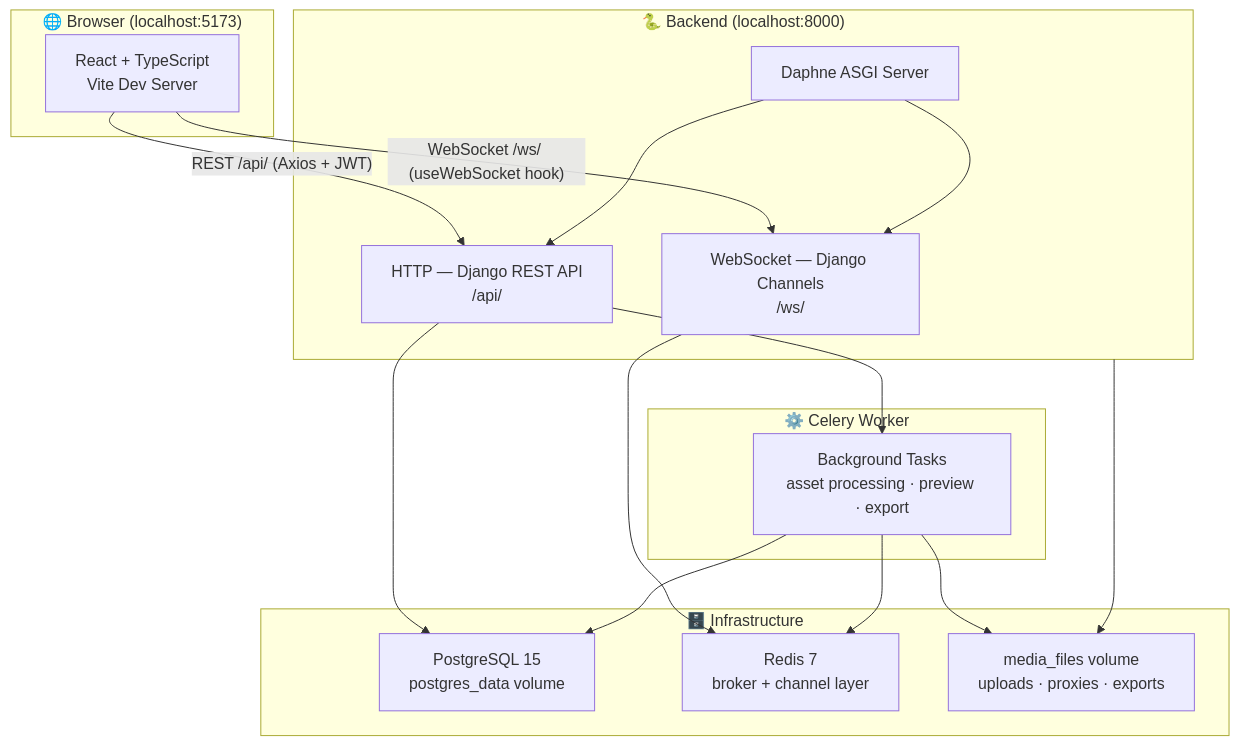
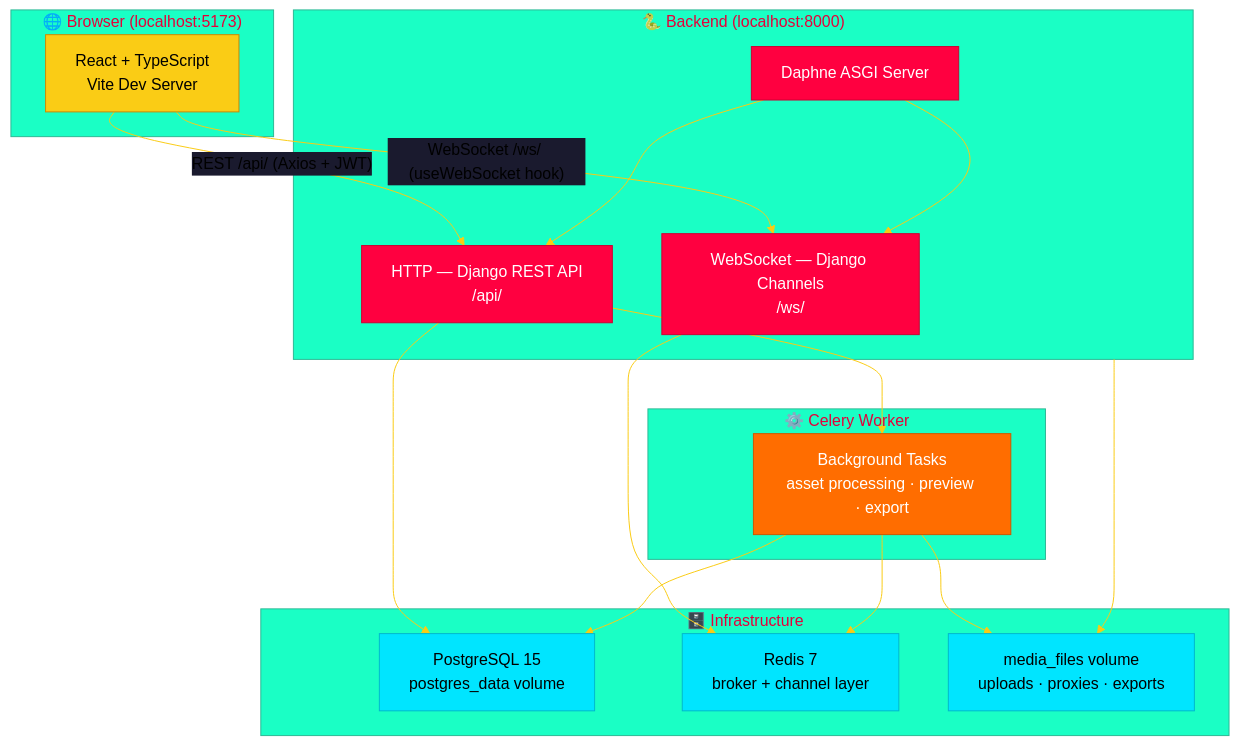
Before and after one commit to lucky-panchal/AuraCut: the first of 7 diagrams in README.md, drawn with Mermaid. The commit also changed other lines of this file, not shown here.

Commit message:
docs: upgrade Mermaid diagrams to bold technical color palette

````diff
--- a/README.md
+++ b/README.md
@@ -25,34 +25,45 @@
 ```mermaid
+%%{init: {"theme": "base", "themeVariables": {"primaryColor": "#ff0040", "primaryTextColor": "#000000", "primaryBorderColor": "#ff0040", "lineColor": "#facc15", "edgeLabelBackground": "#1a1a2e"}}}%%
 graph TB
     subgraph Browser["🌐 Browser (localhost:5173)"]
         FE["React + TypeScript<br/>Vite Dev Server"]
     end
 
     subgraph Backend["🐍 Backend (localhost:8000)"]
         DAPHNE["Daphne ASGI Server"]
         HTTP["HTTP — Django REST API<br/>/api/"]
         WS["WebSocket — Django Channels<br/>/ws/"]
     end
 
     subgraph Worker["⚙️ Celery Worker"]
         TASKS["Background Tasks<br/>asset processing · preview · export"]
     end
 
     subgraph Infra["🗄️ Infrastructure"]
         PG["PostgreSQL 15<br/>postgres_data volume"]
         REDIS["Redis 7<br/>broker + channel layer"]
         MEDIA["media_files volume<br/>uploads · proxies · exports"]
     end
 
     FE -- "REST /api/ (Axios + JWT)" --> HTTP
     FE -- "WebSocket /ws/ (useWebSocket hook)" --> WS
     HTTP --> PG
     WS --> REDIS
     HTTP --> TASKS
     TASKS --> REDIS
     TASKS --> PG
     TASKS --> MEDIA
     DAPHNE --> HTTP
     DAPHNE --> WS
     Backend --> MEDIA
+
+    classDef browser fill:#facc15,stroke:#ca8a04,color:#000
+    classDef backend fill:#ff0040,stroke:#cc0033,color:#fff
+    classDef worker fill:#ff6d00,stroke:#cc5700,color:#fff
+    classDef infra fill:#00e5ff,stroke:#00b8cc,color:#000
+
+    class FE browser
+    class DAPHNE,HTTP,WS backend
+    class TASKS worker
+    class PG,REDIS,MEDIA infra
 ```
````
